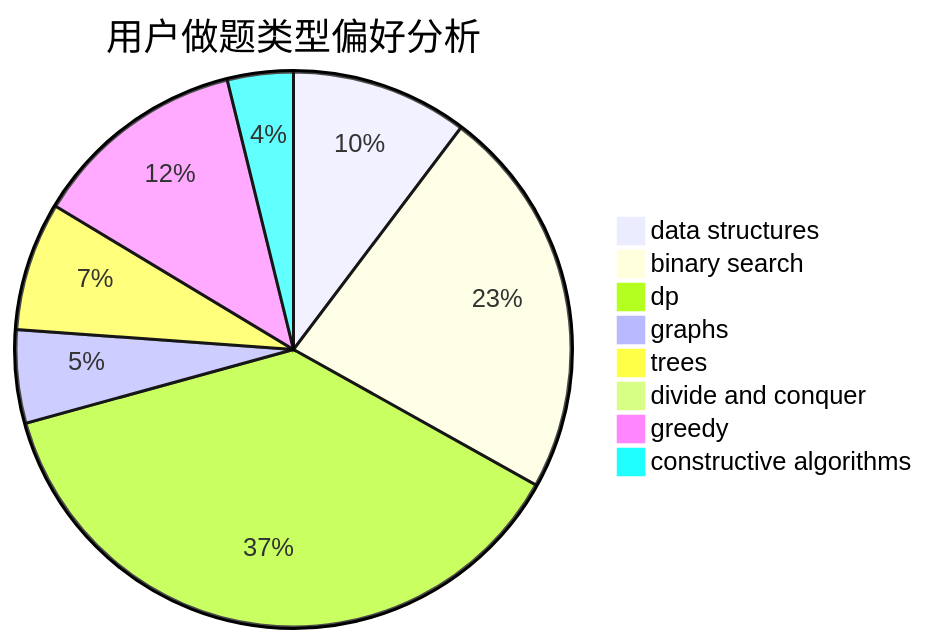
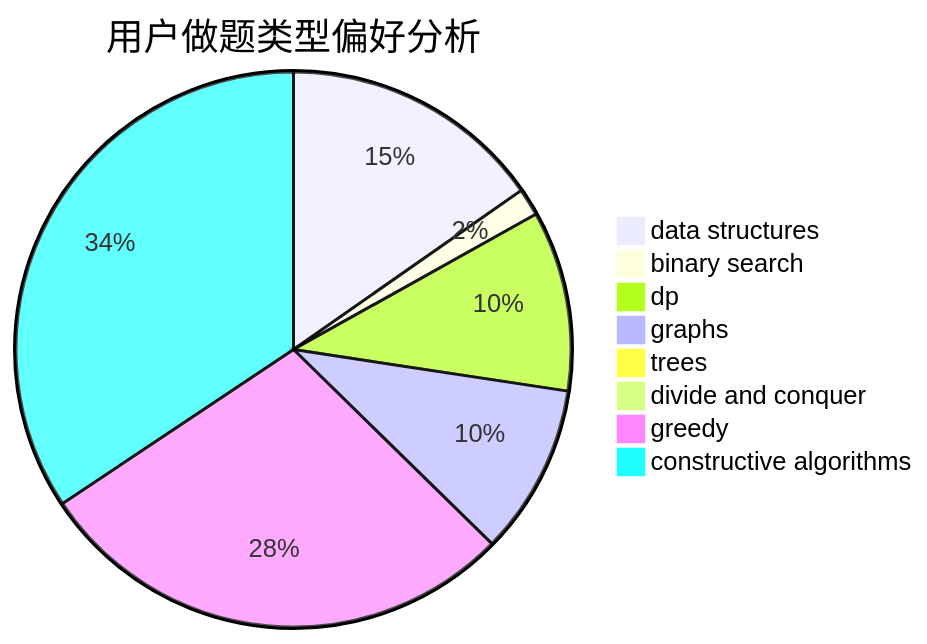
Before and after one commit to sherpahu/cfrs.github.io: the second of 3 diagrams in docs/user/u2051.md, drawn with Mermaid. The commit also changed other lines of this file and 2770 other files, not shown here.

````diff
--- a/docs/user/u2051.md
+++ b/docs/user/u2051.md
@@ -23,11 +23,11 @@
 ```mermaid
 pie title 用户做题类型偏好分析
-    "data structures" :  110
-    "binary search" :  244
-    "dp" :  402
-    "graphs" :  58
-    "trees" :  80
-    "divide and conquer" :  8
-    "greedy" :  134
-    "constructive algorithms" :  41
+    "data structures" :  134
+    "binary search" :  14
+    "dp" :  92
+    "graphs" :  87
+    "trees" :  7
+    "divide and conquer" :  1
+    "greedy" :  248
+    "constructive algorithms" :  301
 ```
````
